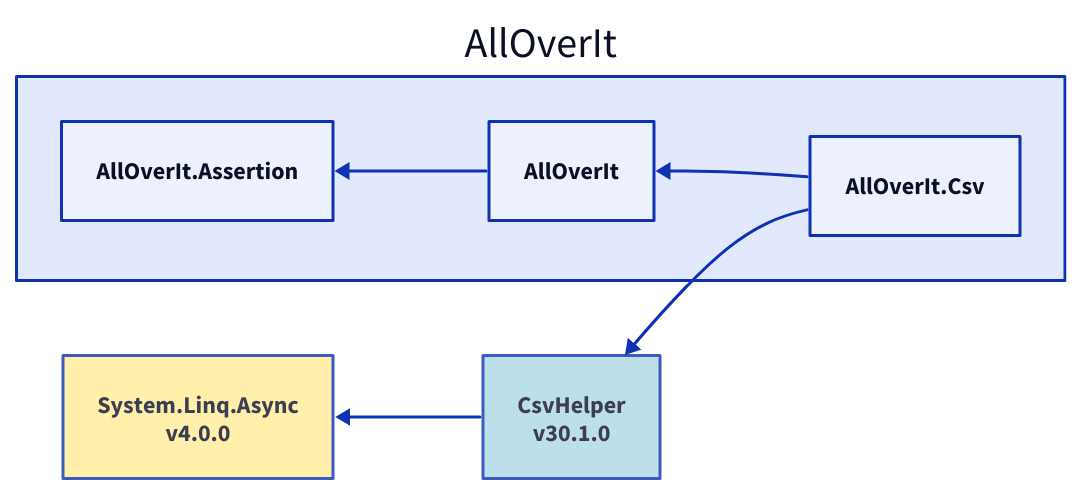
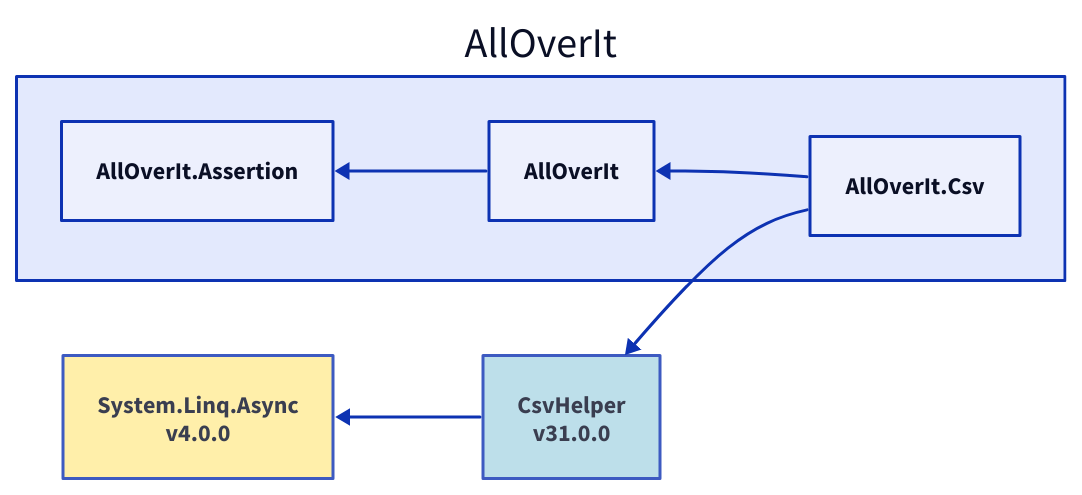
Before and after one commit to mjfreelancing/AllOverIt: the diagram in Docs/Reference/Content/images/dependencies/net6.0/alloverit-csv.d2, drawn with D2. The commit also changed 79 other files, not shown here.

```diff
--- a/Docs/Reference/Content/images/dependencies/net6.0/alloverit-csv.d2
+++ b/Docs/Reference/Content/images/dependencies/net6.0/alloverit-csv.d2
@@ -1,16 +1,16 @@
 direction: left
 
 aoi: AllOverIt
 aoi.alloverit-csv: AllOverIt.Csv
-csvhelper_30-1-0: CsvHelper\nv30.1.0
-csvhelper_30-1-0.style.fill: "#ADD8E6"
-csvhelper_30-1-0.style.opacity: 0.8
+csvhelper_31-0-0: CsvHelper\nv31.0.0
+csvhelper_31-0-0.style.fill: "#ADD8E6"
+csvhelper_31-0-0.style.opacity: 0.8
 system-linq-async_4-0-0: System.Linq.Async\nv4.0.0
 system-linq-async_4-0-0.style.fill: "#FFEC96"
 system-linq-async_4-0-0.style.opacity: 0.8
-system-linq-async_4-0-0 <- csvhelper_30-1-0
-csvhelper_30-1-0 <- aoi.alloverit-csv
+system-linq-async_4-0-0 <- csvhelper_31-0-0
+csvhelper_31-0-0 <- aoi.alloverit-csv
 aoi.alloverit: AllOverIt
 aoi.alloverit-assertion: AllOverIt.Assertion
 aoi.alloverit-assertion <- aoi.alloverit
 aoi.alloverit <- aoi.alloverit-csv
```
